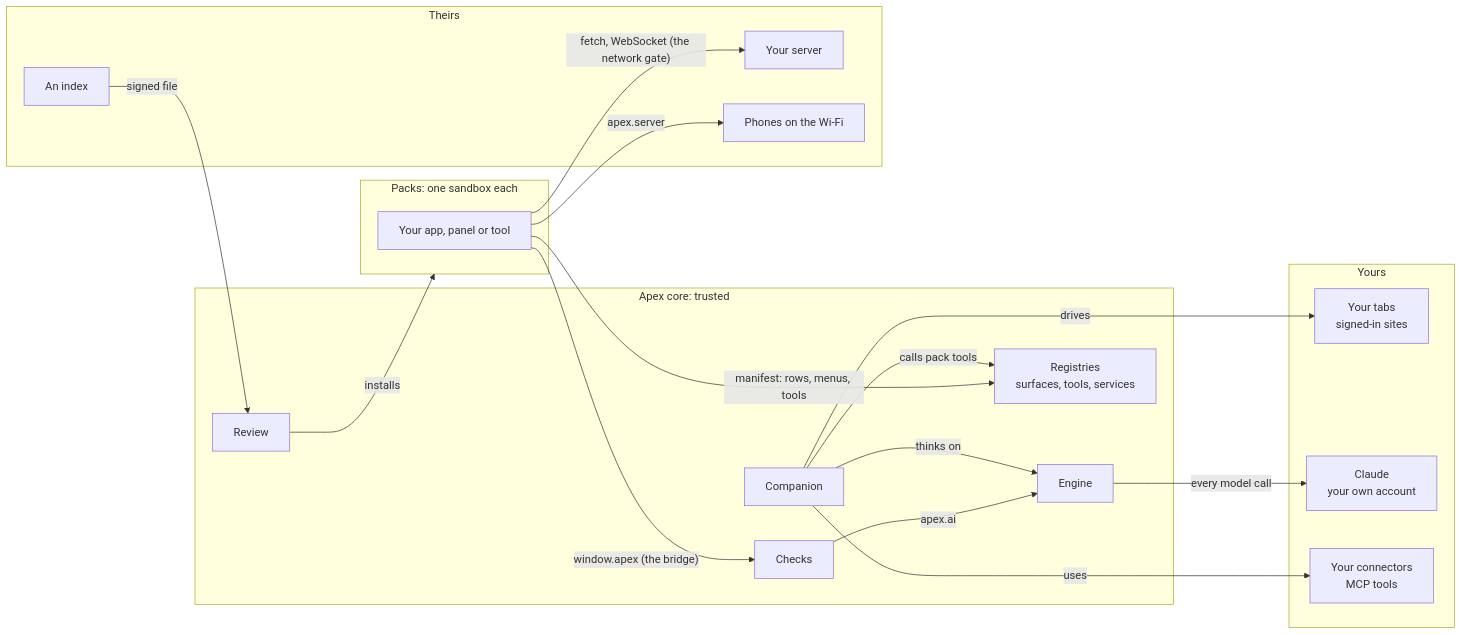
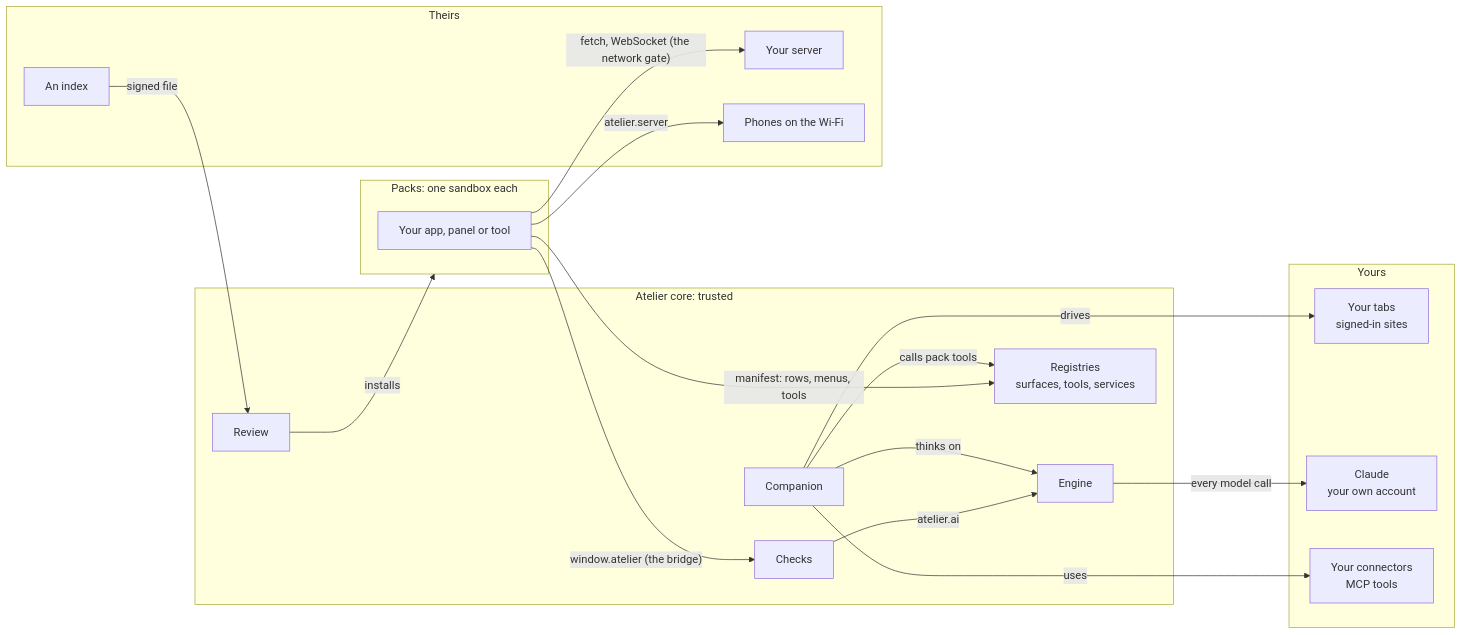
The first of 3 diagrams in docs/how-it-works.md (3SENN/apex-apps), drawn with Mermaid before and after one commit. The commit also changed other lines of this file and 58 other files, not shown here.

First line of the commit message:
Apex is now Atelier (#3)

````diff
--- a/docs/how-it-works.md
+++ b/docs/how-it-works.md
@@ -11,35 +11,35 @@
 ```mermaid
 flowchart LR
   subgraph yours["Yours"]
     tabs["Your tabs<br/>signed-in sites"]
     claude["Claude<br/>your own account"]
     conns["Your connectors<br/>MCP tools"]
   end
-  subgraph core["Apex core: trusted"]
+  subgraph core["Atelier core: trusted"]
     companion["Companion"]
     engine["Engine"]
     registries["Registries<br/>surfaces, tools, services"]
     checks["Checks"]
     review["Review"]
   end
   subgraph packs["Packs: one sandbox each"]
     app["Your app, panel or tool"]
   end
   subgraph theirs["Theirs"]
     server["Your server"]
     phones["Phones on the Wi-Fi"]
     index["An index"]
   end
   companion -- drives --> tabs
   companion -- thinks on --> engine
   engine -- every model call --> claude
   companion -- uses --> conns
   companion -- calls pack tools --> registries
   app -- "manifest: rows, menus, tools" --> registries
-  app -- "window.apex (the bridge)" --> checks
-  checks -- apex.ai --> engine
+  app -- "window.atelier (the bridge)" --> checks
+  checks -- atelier.ai --> engine
   app -- "fetch, WebSocket (the network gate)" --> server
-  app -- apex.server --> phones
+  app -- atelier.server --> phones
   index -- signed file --> review
   review -- installs --> packs
 ```
````
